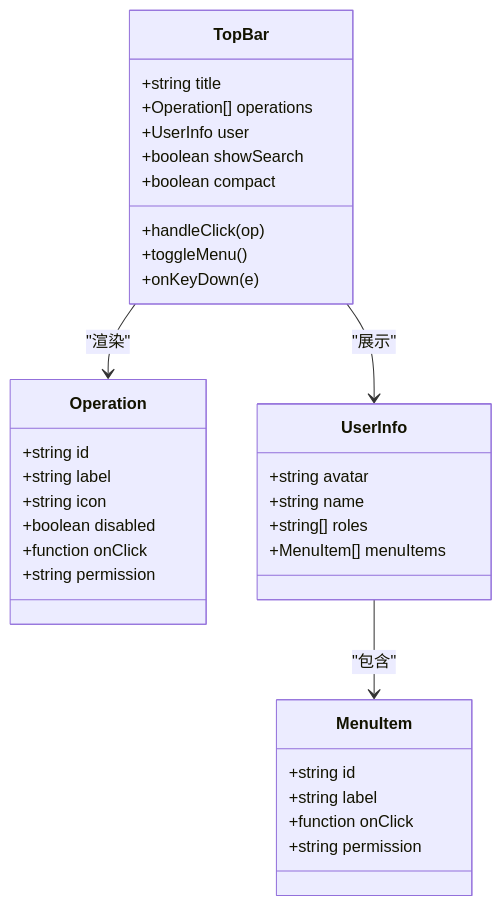
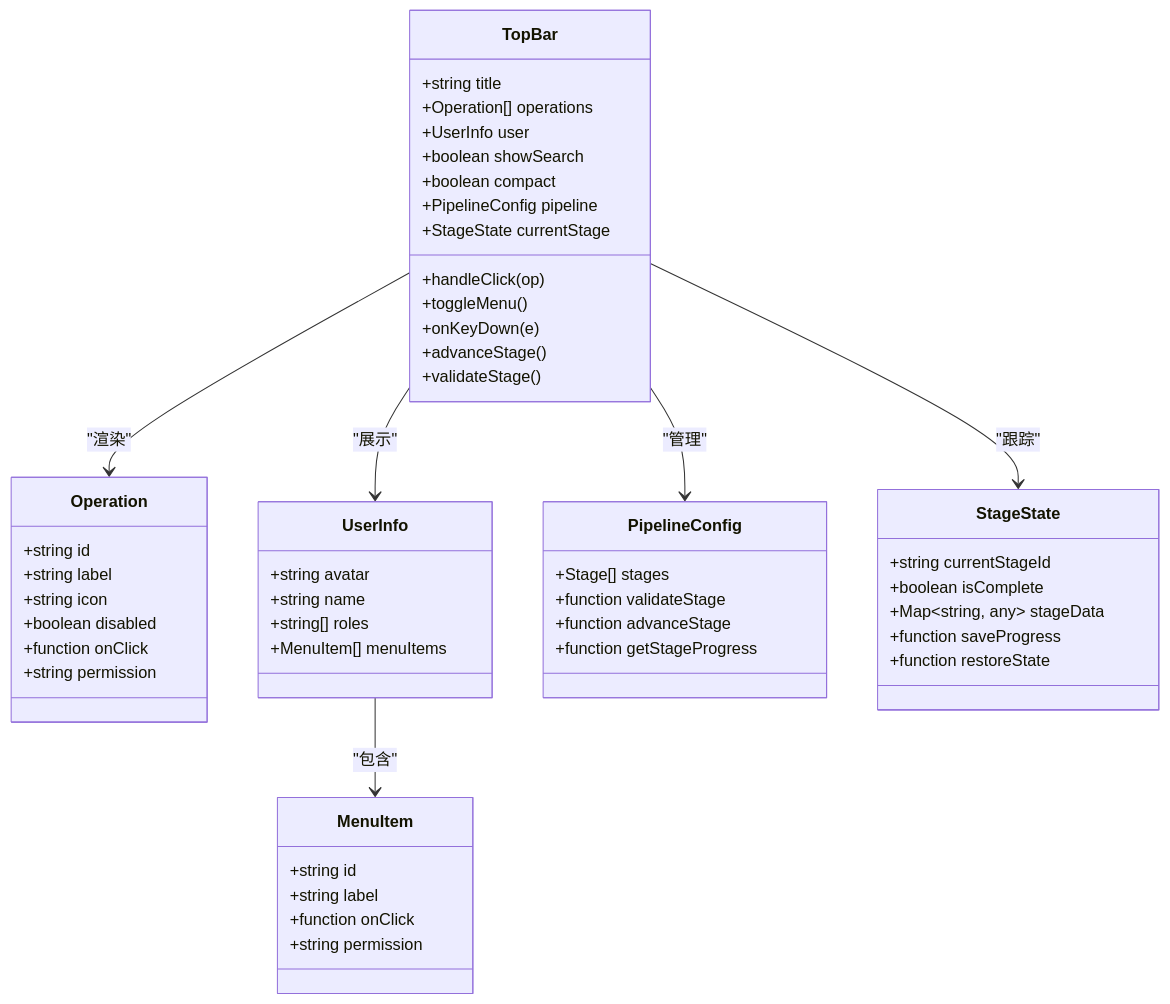
The third of 7 diagrams in .qoder/repowiki/zh/content/UI 组件库/业务组件/顶部导航栏组件.md (AIMFllyYS/code-video-canvas), drawn with Mermaid before and after one commit. The commit also changed other lines of this file and 51 other files, not shown here.

````diff
--- a/.qoder/repowiki/zh/content/UI 组件库/业务组件/顶部导航栏组件.md
+++ b/.qoder/repowiki/zh/content/UI 组件库/业务组件/顶部导航栏组件.md
@@ -158,36 +195,55 @@
 ```mermaid
 classDiagram
 class TopBar {
 +string title
 +Operation[] operations
 +UserInfo user
 +boolean showSearch
 +boolean compact
++PipelineConfig pipeline
++StageState currentStage
 +handleClick(op)
 +toggleMenu()
 +onKeyDown(e)
++advanceStage()
++validateStage()
 }
 class Operation {
 +string id
 +string label
 +string icon
 +boolean disabled
 +function onClick
 +string permission
 }
 class UserInfo {
 +string avatar
 +string name
 +string[] roles
 +MenuItem[] menuItems
 }
 class MenuItem {
 +string id
 +string label
 +function onClick
 +string permission
 }
+class PipelineConfig {
++Stage[] stages
++function validateStage
++function advanceStage
++function getStageProgress
+}
+class StageState {
++string currentStageId
++boolean isComplete
++Map~string, any~ stageData
++function saveProgress
++function restoreState
+}
 TopBar --> Operation : "渲染"
 TopBar --> UserInfo : "展示"
+TopBar --> PipelineConfig : "管理"
+TopBar --> StageState : "跟踪"
 UserInfo --> MenuItem : "包含"
 ```
````
